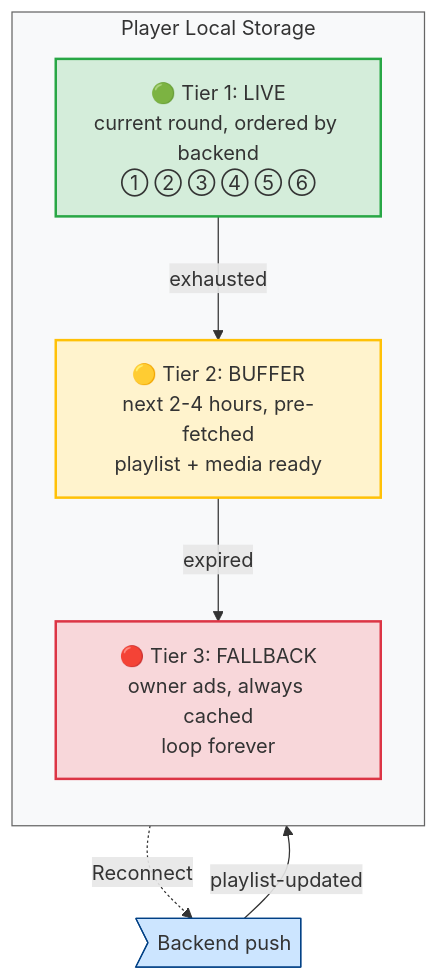
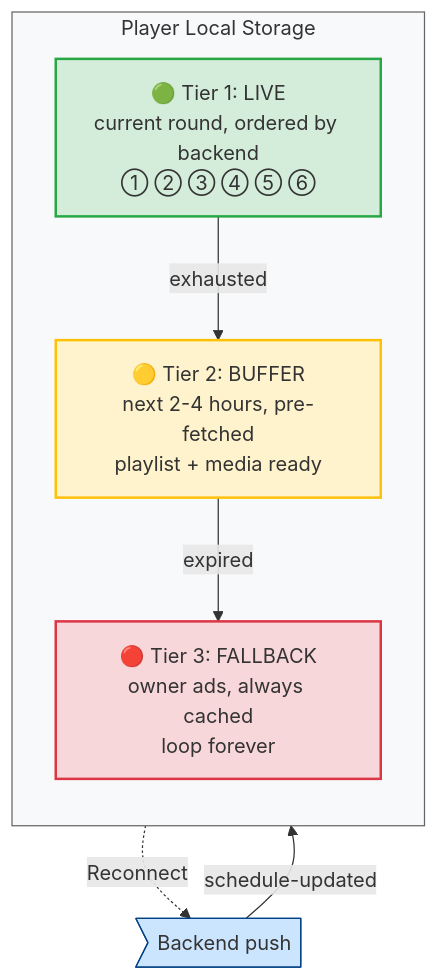
One commit to wasikarn/jira-generator changed the diagram in scripts/diagrams/06-4-three-tier-cache.mmd. Above: the diagram before and after it, drawn with Mermaid. The commit also changed 8 other files, not shown here.

First line of the commit message:
feat: add Daypart Takeover, Exact-Time Spot, Interrupt Controller, and Make-Good to architecture page (v24)

```diff
--- a/scripts/diagrams/06-4-three-tier-cache.mmd
+++ b/scripts/diagrams/06-4-three-tier-cache.mmd
@@ -1,16 +1,16 @@
 flowchart TD
     subgraph LOCAL["Player Local Storage"]
         direction TB
         T1["🟢 Tier 1: LIVE<br/>current round, ordered by backend<br/>① ② ③ ④ ⑤ ⑥"]
         T2["🟡 Tier 2: BUFFER<br/>next 2-4 hours, pre-fetched<br/>playlist + media ready"]
         T3["🔴 Tier 3: FALLBACK<br/>owner ads, always cached<br/>loop forever"]
         T1 -->|"exhausted"| T2
         T2 -->|"expired"| T3
     end
-    BE>"Backend push"] -->|"playlist-updated"| T1
+    BE>"Backend push"] -->|"schedule-updated"| T1
     T3 -.->|"Reconnect"| BE
     style LOCAL fill:#f8f9fa,stroke:#666
     style T1 fill:#d4edda,stroke:#28a745,stroke-width:2px
     style T2 fill:#fff3cd,stroke:#ffc107,stroke-width:2px
     style T3 fill:#f8d7da,stroke:#dc3545,stroke-width:2px
     style BE fill:#cce5ff,stroke:#004085
```
